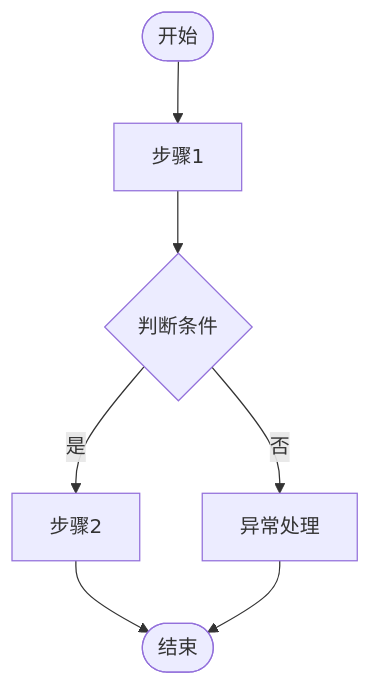
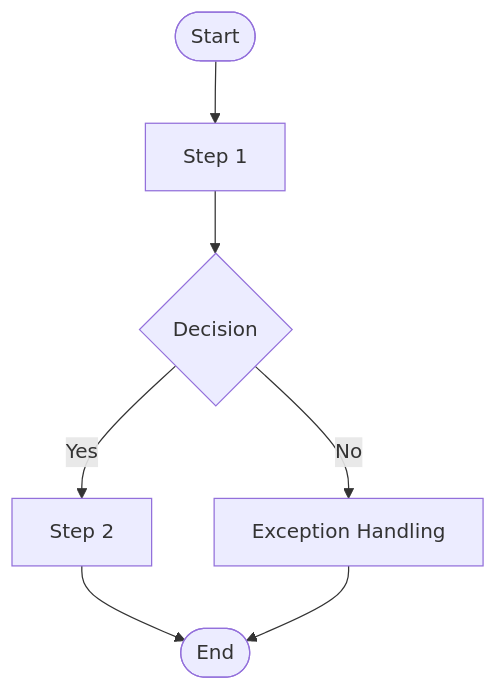
One commit to bigfaner/forge changed the diagram in plugins/forge/skills/write-prd/templates/prd-spec.md. Above: the diagram before and after it, drawn with Mermaid. The commit also changed other lines of this file and 21 other files, not shown here.

````diff
--- a/plugins/forge/skills/write-prd/templates/prd-spec.md
+++ b/plugins/forge/skills/write-prd/templates/prd-spec.md
@@ -53,9 +53,9 @@
 ```mermaid
 flowchart TD
-    Start([开始]) --> Step1[步骤1]
-    Step1 --> Decision{判断条件}
-    Decision -->|是| Step2[步骤2]
-    Decision -->|否| Error[异常处理]
-    Step2 --> End([结束])
+    Start([Start]) --> Step1[Step 1]
+    Step1 --> Decision{Decision}
+    Decision -->|Yes| Step2[Step 2]
+    Decision -->|No| Error[Exception Handling]
+    Step2 --> End([End])
     Error --> End
 ```
````
